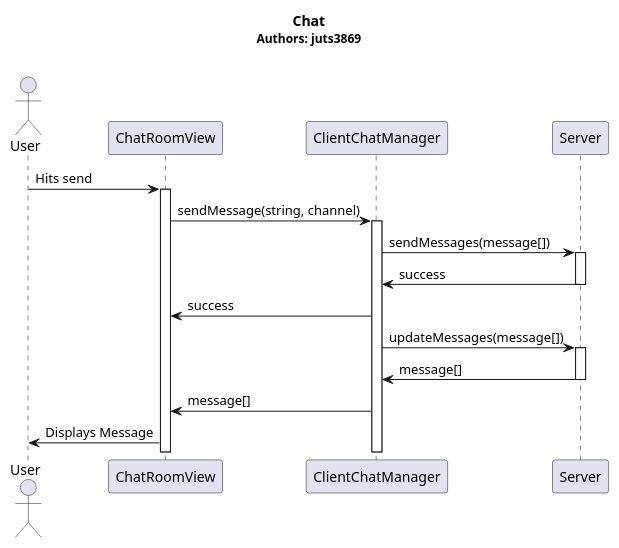
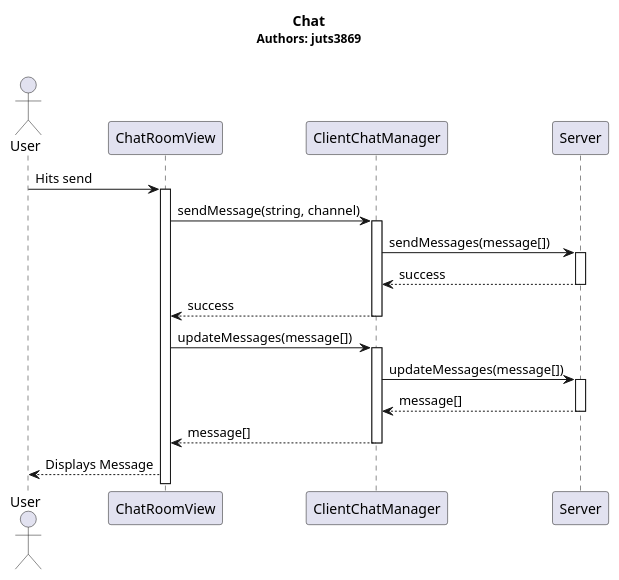
One commit to voxelv/sQuire_kw changed the diagram in Sequence Diagrams/Chat/sendChat_JJ.pu. Above: the diagram before and after it, drawn with PlantUML.

```diff
--- a/Sequence Diagrams/Chat/sendChat_JJ.pu
+++ b/Sequence Diagrams/Chat/sendChat_JJ.pu
@@ -1,27 +1,30 @@
 @startuml
 hide circle
 hide empty members
 
 Title <b>Chat</b>\n<size:12>Authors: juts3869\n
 
 actor User
 User -> ChatRoomView : Hits send
 activate ChatRoomView
 ChatRoomView -> ClientChatManager: sendMessage(string, channel)
 activate ClientChatManager
 ClientChatManager -> Server : sendMessages(message[])
 activate Server
-Server -> ClientChatManager : success
+Server --> ClientChatManager : success
 deactivate Server
-ClientChatManager -> ChatRoomView : success
+ClientChatManager --> ChatRoomView : success
+deactivate ClientChatManager
 
-
+ChatRoomView-> ClientChatManager: updateMessages(message[])
+activate ClientChatManager
 ClientChatManager -> Server: updateMessages(message[])
 
 activate Server
-Server -> ClientChatManager : message[]
+Server --> ClientChatManager : message[]
 deactivate Server
-ClientChatManager -> ChatRoomView : message[]
-ChatRoomView -> User : Displays Message
+ClientChatManager --> ChatRoomView : message[]
+deactivate ClientChatManager
+ChatRoomView --> User : Displays Message
 
 @enduml
```
